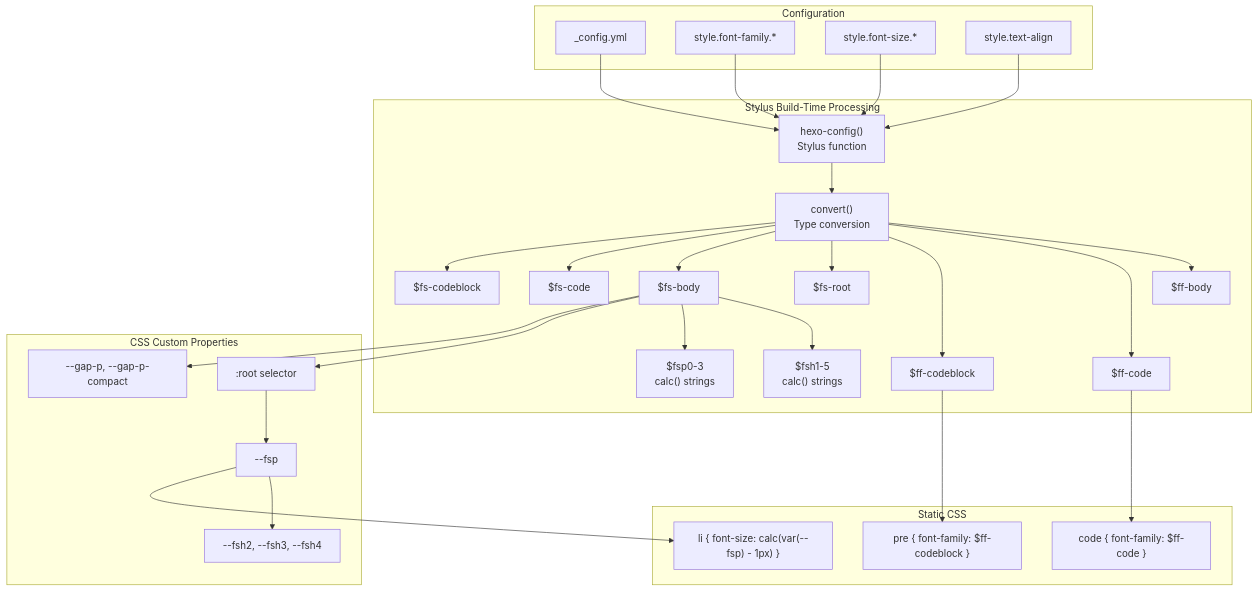
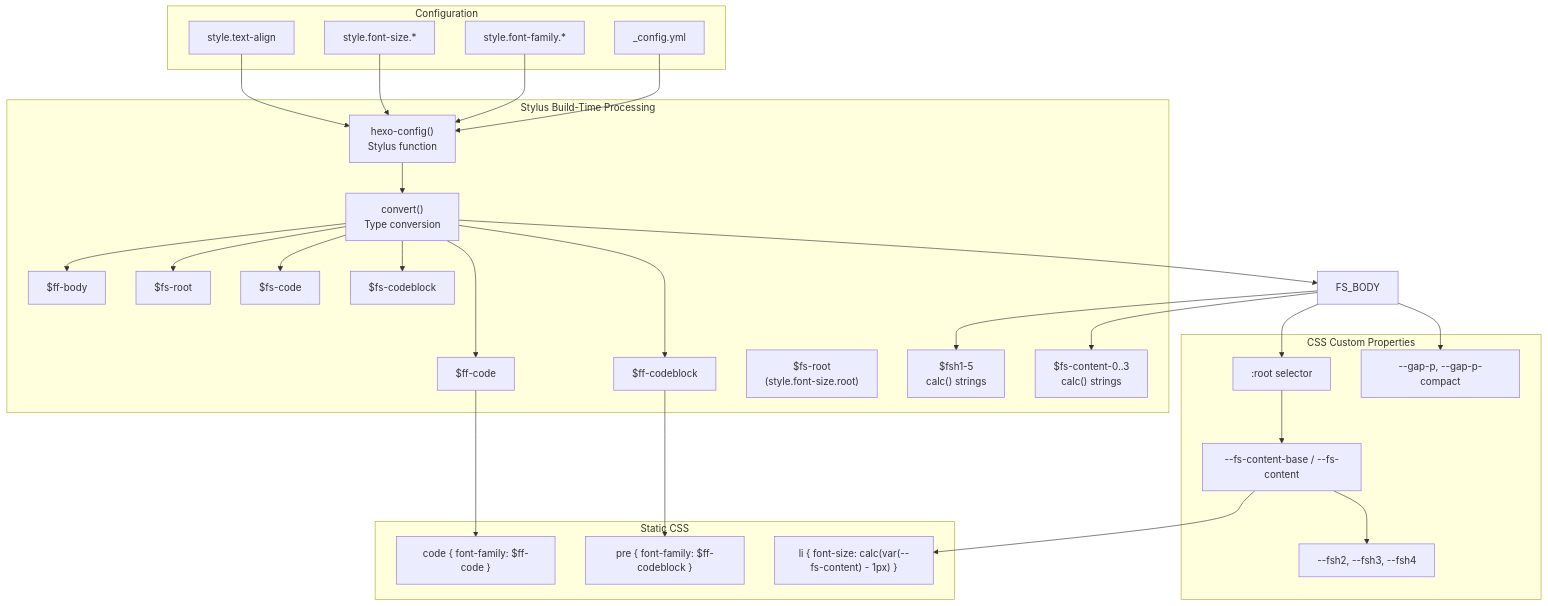
Before and after one commit to penndu/hexo: the first of 3 diagrams in themes/stellar/docs/knowledge/01-样式系统/typography.md, drawn with Mermaid. The commit also changed other lines of this file and 161 other files, not shown here.

````diff
--- a/themes/stellar/docs/knowledge/01-样式系统/typography.md
+++ b/themes/stellar/docs/knowledge/01-样式系统/typography.md
@@ -35,65 +35,65 @@
 ```mermaid
 graph TB
     subgraph "Configuration"
         YML["_config.yml"]
         FONT_FAM["style.font-family.*"]
         FONT_SIZE["style.font-size.*"]
         TEXT_ALIGN["style.text-align"]
     end
     
     subgraph "Stylus Build-Time Processing"
         HEXO_CFG["hexo-config()<br/>Stylus function"]
         CONVERT["convert()<br/>Type conversion"]
         
         FF_BODY["$ff-body"]
         FF_CODE["$ff-code"]
         FF_CODEBLOCK["$ff-codeblock"]
         
         FS_ROOT["$fs-root"]
-        FS_BODY["$fs-body"]
+        FS_BASE["$fs-root<br/>(style.font-size.root)"]
         FS_CODE["$fs-code"]
         FS_CODEBLOCK["$fs-codeblock"]
         
         FSH_CALC["$fsh1-5<br/>calc() strings"]
-        FSP_CALC["$fsp0-3<br/>calc() strings"]
+        FSP_CALC["$fs-content-0..3<br/>calc() strings"]
     end
     
     subgraph "CSS Custom Properties"
         ROOT[":root selector"]
-        VAR_FSP["--fsp"]
+        VAR_FSP["--fs-content-base / --fs-content"]
         VAR_FSH["--fsh2, --fsh3, --fsh4"]
         VAR_GAP["--gap-p, --gap-p-compact"]
     end
     
     subgraph "Static CSS"
         CODE_FF["code { font-family: $ff-code }"]
         PRE_FF["pre { font-family: $ff-codeblock }"]
-        LI_FS["li { font-size: calc(var(--fsp) - 1px) }"]
+        LI_FS["li { font-size: calc(var(--fs-content) - 1px) }"]
     end
     
     YML --> HEXO_CFG
     FONT_FAM --> HEXO_CFG
     FONT_SIZE --> HEXO_CFG
     TEXT_ALIGN --> HEXO_CFG
     
     HEXO_CFG --> CONVERT
     CONVERT --> FF_BODY
     CONVERT --> FF_CODE
     CONVERT --> FF_CODEBLOCK
     CONVERT --> FS_ROOT
     CONVERT --> FS_BODY
     CONVERT --> FS_CODE
     CONVERT --> FS_CODEBLOCK
     
     FS_BODY --> FSH_CALC
     FS_BODY --> FSP_CALC
     
     FS_BODY --> ROOT
     ROOT --> VAR_FSP
     VAR_FSP --> VAR_FSH
     FS_BODY --> VAR_GAP
     
     FF_CODE --> CODE_FF
     FF_CODEBLOCK --> PRE_FF
     VAR_FSP --> LI_FS
 ```
````
